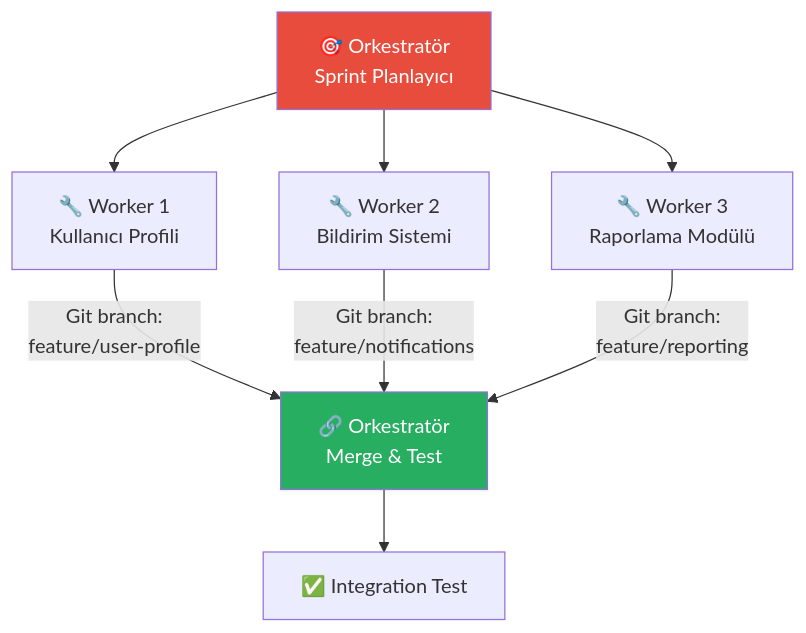
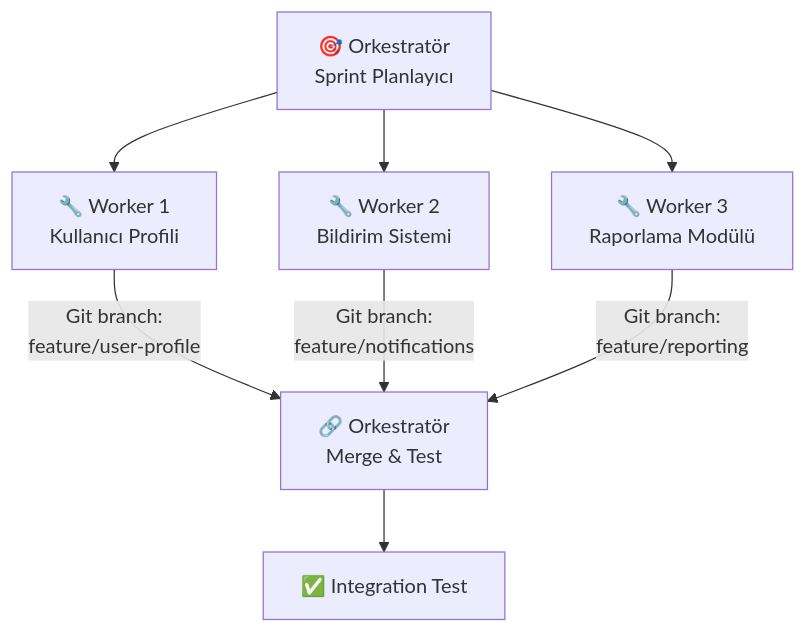
Before and after one commit to IzzetYasinAtes/ClaudeCodeHandbook: the seventh of 12 diagrams in 13-subagentlar-ve-agent-takimlari/04-agent-takimlari.md, drawn with Mermaid. The commit also changed other lines of this file and 97 other files, not shown here.

Commit message:
Remove all custom Mermaid style/fill colors from 98 markdown files for consistent dark theme rendering

````diff
--- a/13-subagentlar-ve-agent-takimlari/04-agent-takimlari.md
+++ b/13-subagentlar-ve-agent-takimlari/04-agent-takimlari.md
@@ -202,15 +189,13 @@
 ```mermaid
 flowchart TD
     ORCH["🎯 Orkestratör<br/>Sprint Planlayıcı"] --> F1["🔧 Worker 1<br/>Kullanıcı Profili"]
     ORCH --> F2["🔧 Worker 2<br/>Bildirim Sistemi"]
     ORCH --> F3["🔧 Worker 3<br/>Raporlama Modülü"]
 
     F1 --> |"Git branch:<br/>feature/user-profile"| MERGE["🔗 Orkestratör<br/>Merge & Test"]
     F2 --> |"Git branch:<br/>feature/notifications"| MERGE
     F3 --> |"Git branch:<br/>feature/reporting"| MERGE
 
     MERGE --> FINAL["✅ Integration Test"]
 
-    style ORCH fill:#E74C3C,color:#fff
-    style MERGE fill:#27AE60,color:#fff
 ```
````
